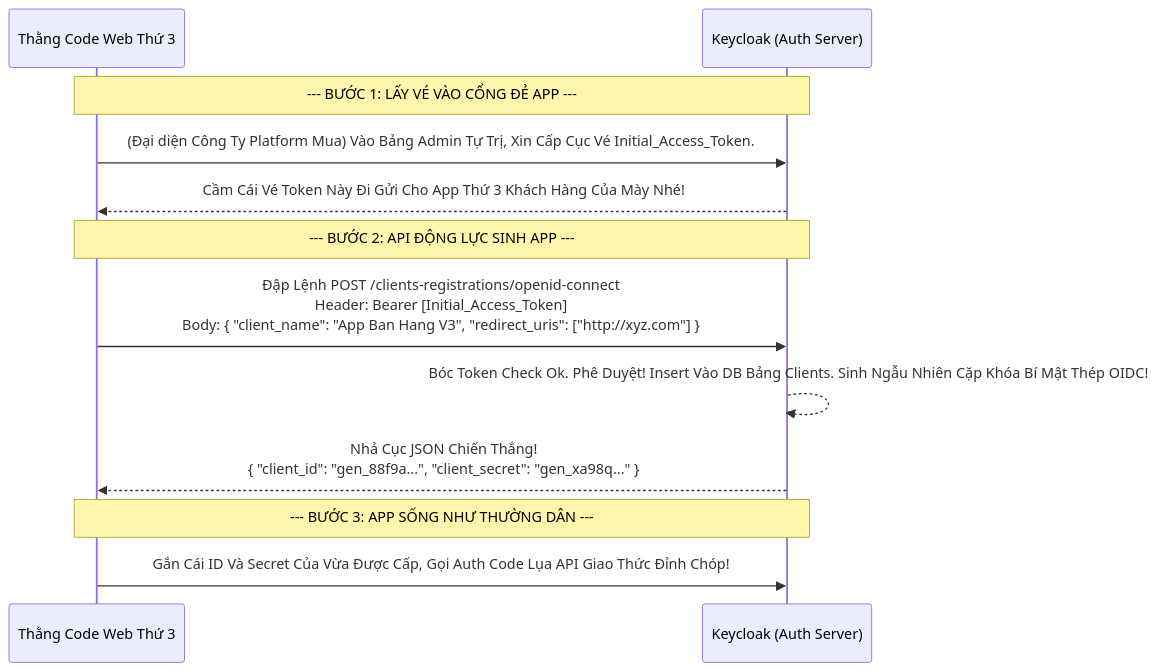
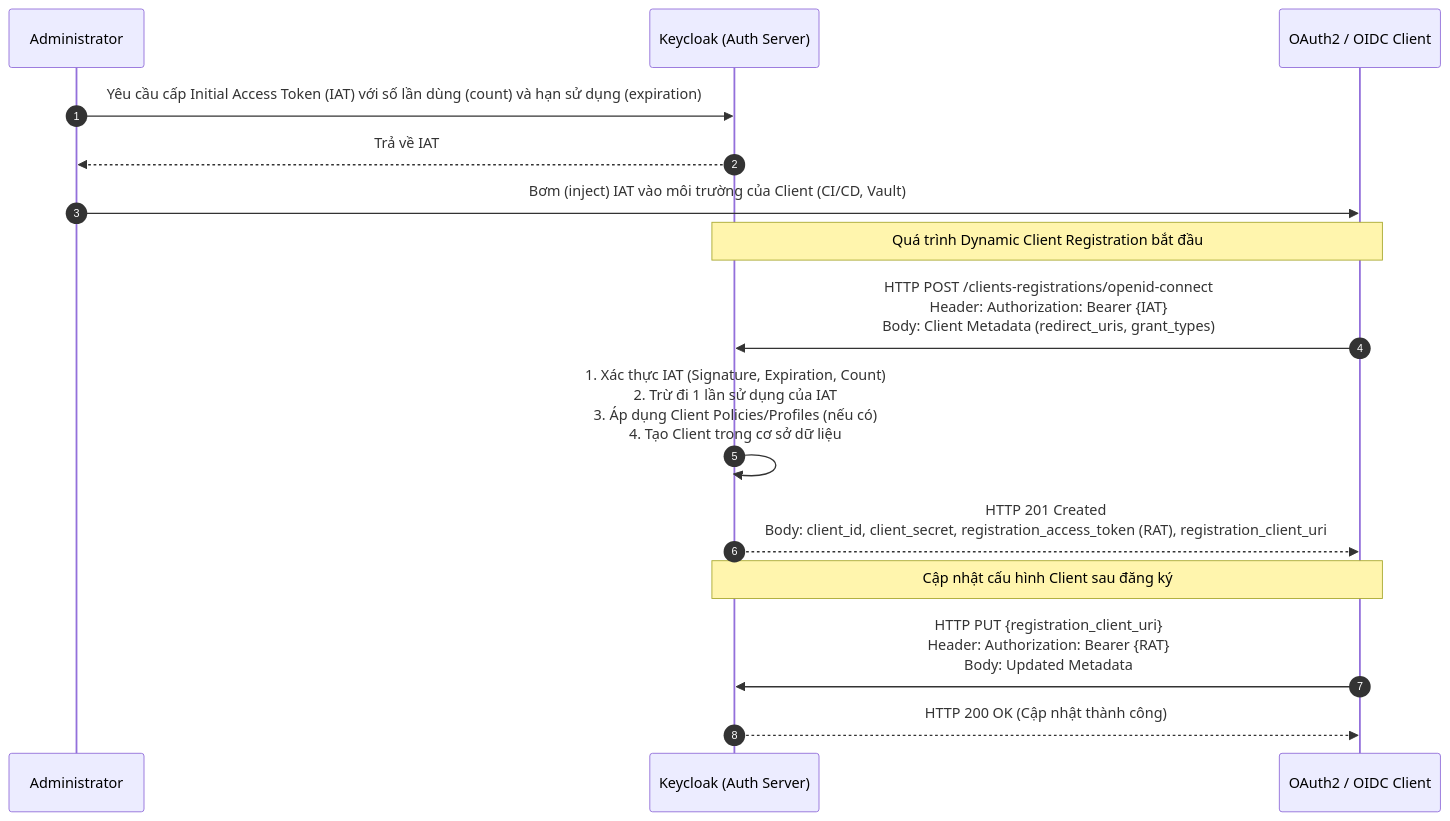
Before and after one commit to Luckyy0/keycloak: the diagram in 15-OAuth2/Module-1-Concepts/Lesson-11-Dynamic-Client-Registration.md, drawn with Mermaid. The commit also changed other lines of this file and 46 other files, not shown here.

````diff
--- a/15-OAuth2/Module-1-Concepts/Lesson-11-Dynamic-Client-Registration.md
+++ b/15-OAuth2/Module-1-Concepts/Lesson-11-Dynamic-Client-Registration.md
@@ -26,19 +24,24 @@
 ```mermaid
 sequenceDiagram
-    participant Dev as Thằng Code Web Thứ 3
-    participant KC as Keycloak (Auth Server)
+    autonumber
+    participant Admin as Administrator
+    participant Keycloak as Keycloak (Auth Server)
+    participant Client as OAuth2 / OIDC Client
+
+    Admin->>Keycloak: Yêu cầu cấp Initial Access Token (IAT) với số lần dùng (count) và hạn sử dụng (expiration)
+    Keycloak-->>Admin: Trả về IAT
+    Admin->>Client: Bơm (inject) IAT vào môi trường của Client (CI/CD, Vault)
     
-    Note over Dev, KC: --- BƯỚC 1: LẤY VÉ VÀO CỔNG ĐẺ APP ---
-    Dev->>KC: (Đại diện Công Ty Platform Mua) Vào Bảng Admin Tự Trị, Xin Cấp Cục Vé Initial_Access_Token.
-    KC-->>Dev: Cầm Cái Vé Token Này Đi Gửi Cho App Thứ 3 Khách Hàng Của Mày Nhé!
+    Note over Client,Keycloak: Quá trình Dynamic Client Registration bắt đầu
     
-    Note over Dev, KC: --- BƯỚC 2: API ĐỘNG LỰC SINH APP ---
-    Dev->>KC: Đập Lệnh POST /clients-registrations/openid-connect <br/> Header: Bearer [Initial_Access_Token] <br/> Body: { "client_name": "App Ban Hang V3", "redirect_uris": ["http://xyz.com"] }
+    Client->>Keycloak: HTTP POST /clients-registrations/openid-connect<br>Header: Authorization: Bearer {IAT}<br>Body: Client Metadata (redirect_uris, grant_types)
     
-    KC-->>KC: Bóc Token Check Ok. Phê Duyệt! Insert Vào DB Bảng Clients. Sinh Ngẫu Nhiên Cặp Khóa Bí Mật Thép OIDC!
+    Keycloak->>Keycloak: 1. Xác thực IAT (Signature, Expiration, Count)<br>2. Trừ đi 1 lần sử dụng của IAT<br>3. Áp dụng Client Policies/Profiles (nếu có)<br>4. Tạo Client trong cơ sở dữ liệu
     
-    KC-->>Dev: Nhả Cục JSON Chiến Thắng! <br/> { "client_id": "gen_88f9a...", "client_secret": "gen_xa98q..." }
+    Keycloak-->>Client: HTTP 201 Created<br>Body: client_id, client_secret, registration_access_token (RAT), registration_client_uri
     
-    Note over Dev, KC: --- BƯỚC 3: APP SỐNG NHƯ THƯỜNG DÂN ---
-    Dev->>KC: Gắn Cái ID Và Secret Của Vừa Được Cấp, Gọi Auth Code Lụa API Giao Thức Đỉnh Chóp!
+    Note over Client,Keycloak: Cập nhật cấu hình Client sau đăng ký
+    
+    Client->>Keycloak: HTTP PUT {registration_client_uri}<br>Header: Authorization: Bearer {RAT}<br>Body: Updated Metadata
+    Keycloak-->>Client: HTTP 200 OK (Cập nhật thành công)
 ```
````
